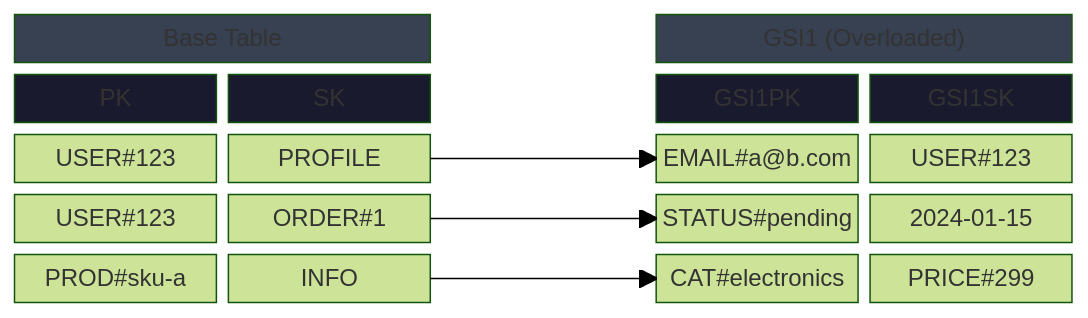
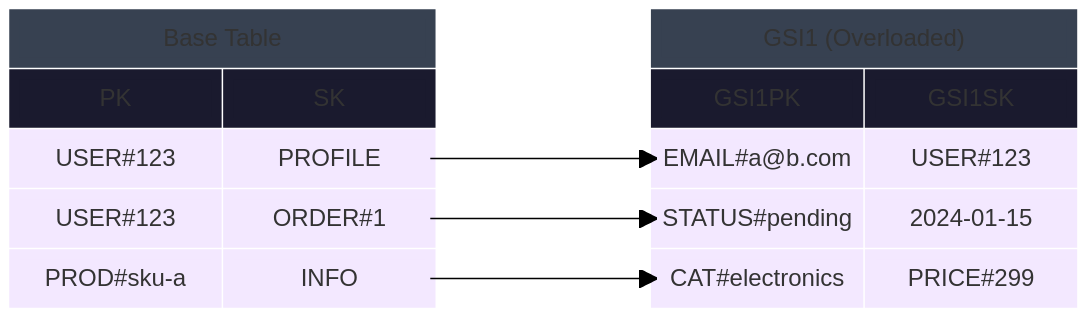
One commit to zeroae/.claude changed the third of 4 diagrams in plugins/dynamodb/skills/design/references/table-layout-options.md. Above: the diagram before and after it, drawn with Mermaid (forest theme). The commit also changed other lines of this file, not shown here.

First line of the commit message:
🎨 style(dynamodb): fix gaps between Mermaid Block cells

````diff
--- a/plugins/dynamodb/skills/design/references/table-layout-options.md
+++ b/plugins/dynamodb/skills/design/references/table-layout-options.md
@@ -177,21 +177,23 @@
 ```mermaid
 %%{init: {"block": {"padding": 8}} }%%
 block-beta
     columns 5
 
     BT["Base Table"]:2 space:1 GT["GSI1 (Overloaded)"]:2
     BP["PK"] BS["SK"] space GP["GSI1PK"] GS["GSI1SK"]
     b1["USER#123"] b2["PROFILE"] space g1["EMAIL#a@b.com"] g2["USER#123"]
     b3["USER#123"] b4["ORDER#1"] space g3["STATUS#pending"] g4["2024-01-15"]
     b5["PROD#sku-a"] b6["INFO"] space g5["CAT#electronics"] g6["PRICE#299"]
 
     b2 --> g1
     b4 --> g3
     b6 --> g5
 
-    classDef title fill:#374151,color:#fff
-    classDef header fill:#1a1a2e,color:#fff
+    classDef title fill:#374151,color:#fff,stroke:#374151,stroke-width:7px
+    classDef header fill:#1a1a2e,color:#fff,stroke:#1a1a2e,stroke-width:7px
+    classDef data fill:#f3e8ff,stroke:#f3e8ff,stroke-width:7px
 
     class BT,GT title
     class BP,BS,GP,GS header
+    class b1,b2,b3,b4,b5,b6,g1,g2,g3,g4,g5,g6 data
 ```
````
